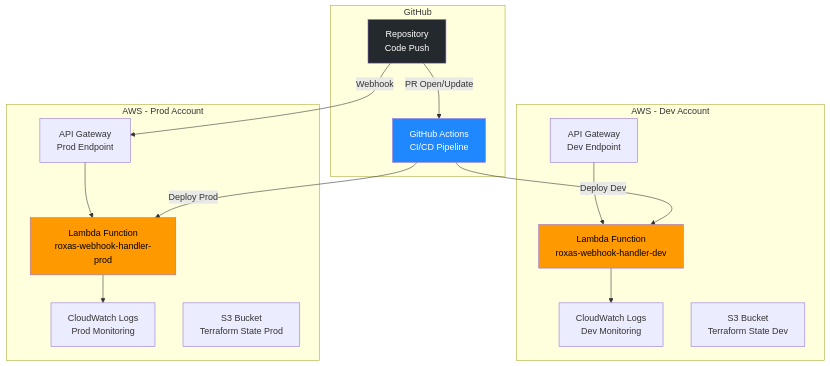
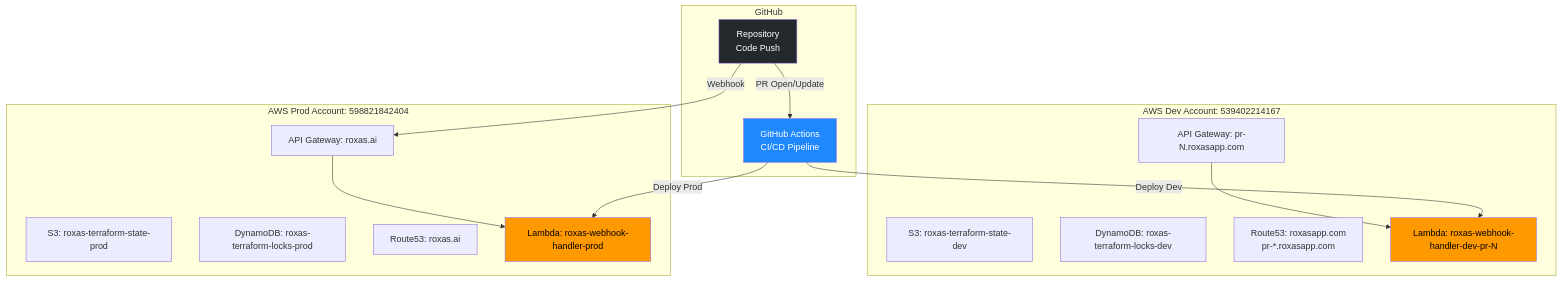
Before and after one commit to michaellady/roxas: the fourth of 5 diagrams in README.md, drawn with Mermaid. The commit also changed other lines of this file, not shown here.

Commit message:
Add detailed AWS infrastructure Mermaid diagrams to README

````diff
--- a/README.md
+++ b/README.md
@@ -83,37 +182,37 @@
 ```mermaid
 graph TB
     subgraph "GitHub"
         Repo[Repository<br/>Code Push]
         Actions[GitHub Actions<br/>CI/CD Pipeline]
     end
 
-    subgraph "AWS - Dev Account"
-        APIGW_Dev[API Gateway<br/>Dev Endpoint]
-        Lambda_Dev[Lambda Function<br/>roxas-webhook-handler-dev]
-        CW_Dev[CloudWatch Logs<br/>Dev Monitoring]
-        S3_Dev[S3 Bucket<br/>Terraform State Dev]
+    subgraph "AWS Dev Account: 539402214167"
+        S3_Dev[S3: roxas-terraform-state-dev]
+        DDB_Dev[DynamoDB: roxas-terraform-locks-dev]
+        R53_Dev[Route53: roxasapp.com<br/>pr-*.roxasapp.com]
+        Lambda_Dev[Lambda: roxas-webhook-handler-dev-pr-N]
+        APIGW_Dev[API Gateway: pr-N.roxasapp.com]
 
         APIGW_Dev --> Lambda_Dev
-        Lambda_Dev --> CW_Dev
     end
 
-    subgraph "AWS - Prod Account"
-        APIGW_Prod[API Gateway<br/>Prod Endpoint]
-        Lambda_Prod[Lambda Function<br/>roxas-webhook-handler-prod]
-        CW_Prod[CloudWatch Logs<br/>Prod Monitoring]
-        S3_Prod[S3 Bucket<br/>Terraform State Prod]
+    subgraph "AWS Prod Account: 598821842404"
+        S3_Prod[S3: roxas-terraform-state-prod]
+        DDB_Prod[DynamoDB: roxas-terraform-locks-prod]
+        R53_Prod[Route53: roxas.ai]
+        Lambda_Prod[Lambda: roxas-webhook-handler-prod]
+        APIGW_Prod[API Gateway: roxas.ai]
 
         APIGW_Prod --> Lambda_Prod
-        Lambda_Prod --> CW_Prod
     end
 
     Repo -->|Webhook| APIGW_Prod
     Repo -->|PR Open/Update| Actions
     Actions -->|Deploy Dev| Lambda_Dev
     Actions -->|Deploy Prod| Lambda_Prod
 
     style Repo fill:#24292e,color:#fff
     style Actions fill:#2088ff,color:#fff
     style Lambda_Dev fill:#ff9900,color:#000
     style Lambda_Prod fill:#ff9900,color:#000
 ```
````
